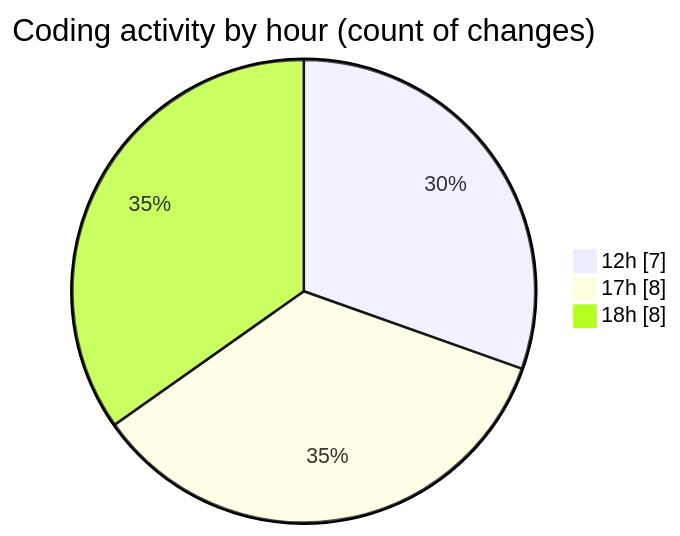
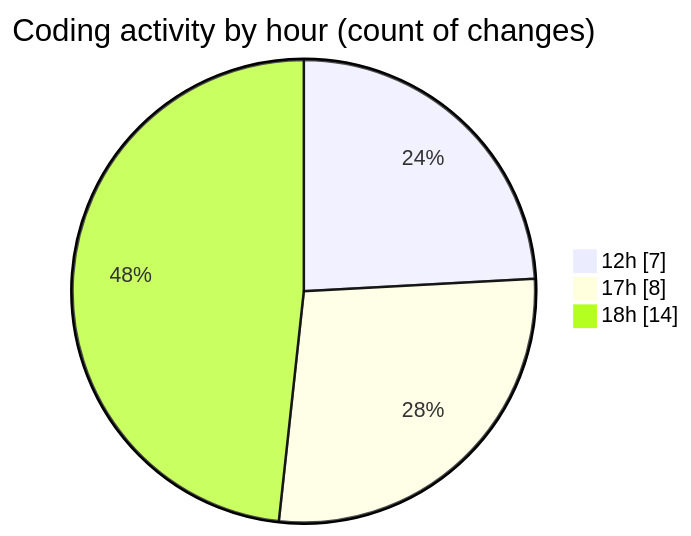
One commit to nxtqubesakshisongat/code-tracking changed the second of 2 diagrams in 2025-07-24/nxtqube_webapp/README.md. Above: the diagram before and after it, drawn with Mermaid. The commit also changed other lines of this file and 1 other file, not shown here.

````diff
--- a/2025-07-24/nxtqube_webapp/README.md
+++ b/2025-07-24/nxtqube_webapp/README.md
@@ -34,7 +34,7 @@
 ```mermaid
 pie showData
 title Coding activity by hour (count of changes)
 "12h" : 7
 "17h" : 8
-"18h" : 8
+"18h" : 14
 ```
````
